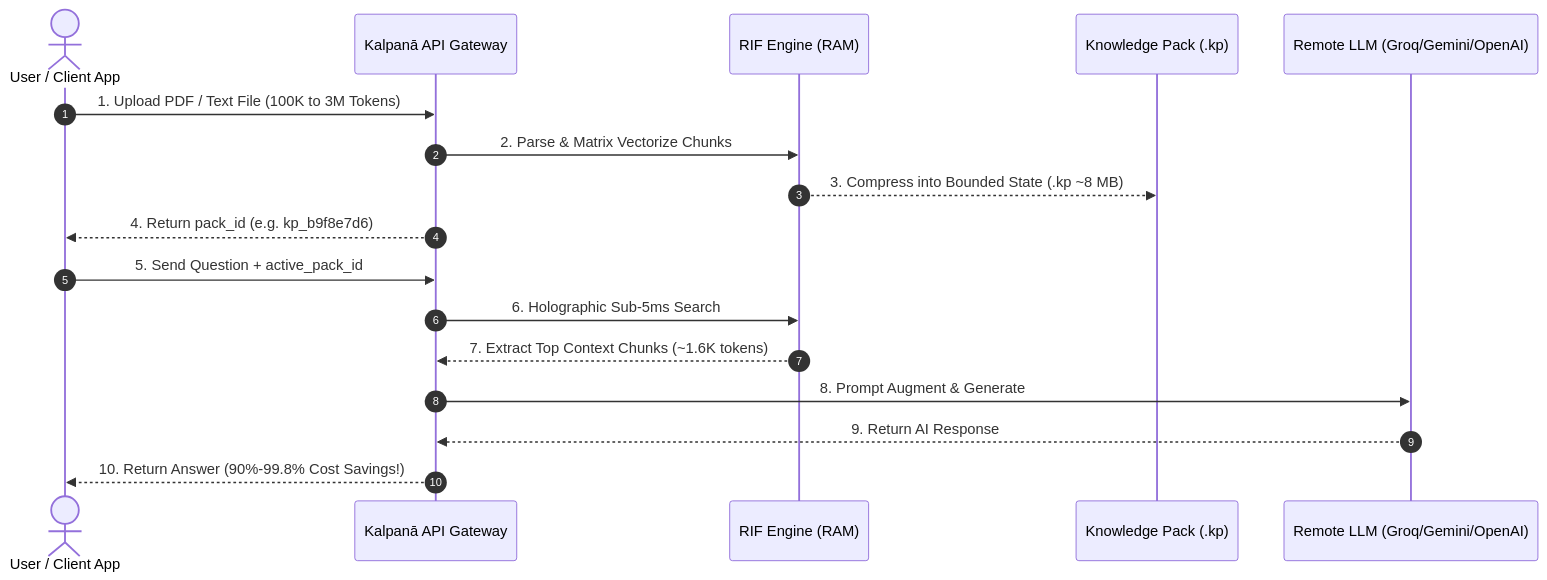
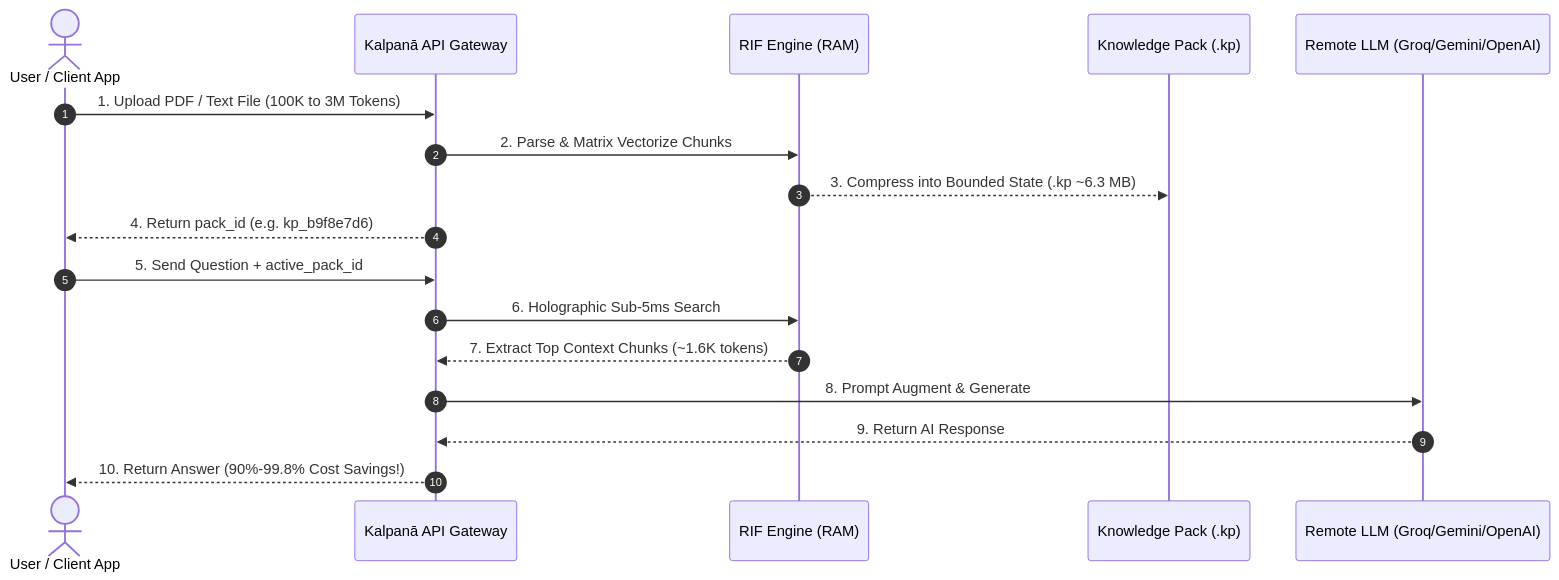
Before and after one commit to maduperera/Kalpana-LLM-API-Interface: the third of 3 diagrams in README.md, drawn with Mermaid. The commit also changed other lines of this file, not shown here.

Commit message:
docs: update precision RIF state memory footprint to ~6.3 MB across README.md

````diff
--- a/README.md
+++ b/README.md
@@ -84,21 +84,21 @@
 ```mermaid
 sequenceDiagram
     autonumber
     actor User as User / Client App
     participant API as Kalpanā API Gateway
     participant RIF as RIF Engine (RAM)
     participant KP as Knowledge Pack (.kp)
     participant LLM as Remote LLM (Groq/Gemini/OpenAI)
 
     User->>API: 1. Upload PDF / Text File (100K to 3M Tokens)
     API->>RIF: 2. Parse & Matrix Vectorize Chunks
-    RIF-->>KP: 3. Compress into Bounded State (.kp ~8 MB)
+    RIF-->>KP: 3. Compress into Bounded State (.kp ~6.3 MB)
     API-->>User: 4. Return pack_id (e.g. kp_b9f8e7d6)
 
     User->>API: 5. Send Question + active_pack_id
     API->>RIF: 6. Holographic Sub-5ms Search
     RIF-->>API: 7. Extract Top Context Chunks (~1.6K tokens)
     API->>LLM: 8. Prompt Augment & Generate
     LLM-->>API: 9. Return AI Response
     API-->>User: 10. Return Answer (90%-99.8% Cost Savings!)
 ```
````
